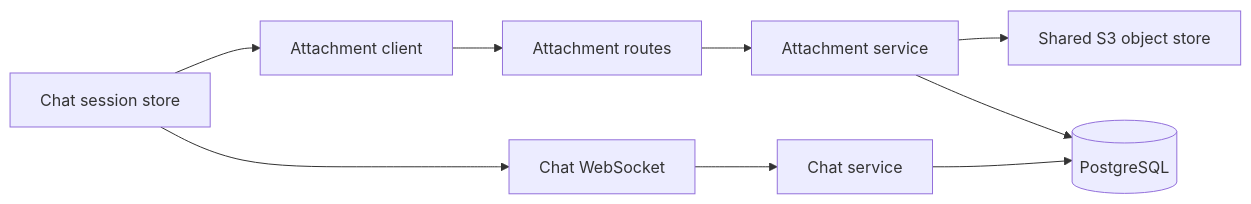
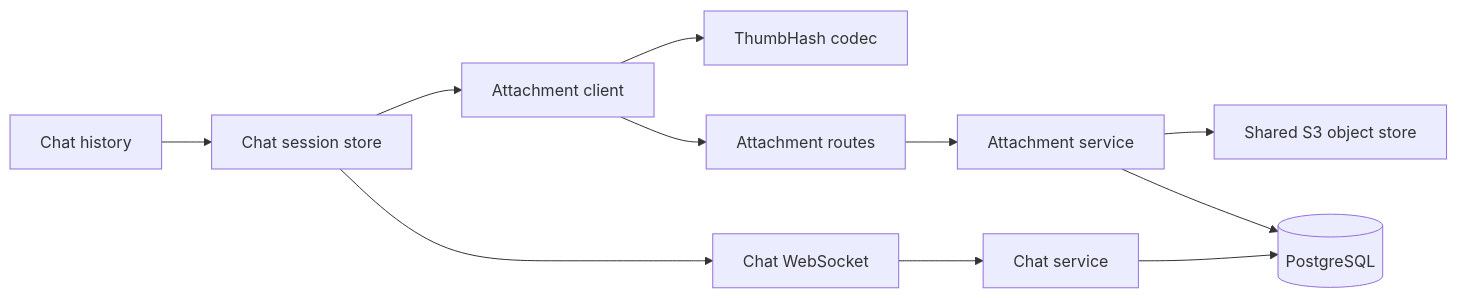
Before and after one commit to moeru-ai/airi: the first of 2 diagrams in server/docs/ai/adr/2026-11-11-chat-image-attachments.md, drawn with Mermaid. The commit also changed other lines of this file and 23 other files, not shown here.

````diff
--- a/server/docs/ai/adr/2026-11-11-chat-image-attachments.md
+++ b/server/docs/ai/adr/2026-11-11-chat-image-attachments.md
@@ -22,11 +25,13 @@
 ```mermaid
 flowchart LR
   Store[Chat session store] --> Client[Attachment client]
+  History[Chat history] --> Store
+  Client --> Thumbnail[ThumbHash codec]
   Client --> Routes[Attachment routes]
   Routes --> Attachments[Attachment service]
   Attachments --> S3[Shared S3 object store]
   Attachments --> DB[(PostgreSQL)]
   Store --> Sync[Chat WebSocket]
   Sync --> Chats[Chat service]
   Chats --> DB
 ```
````
